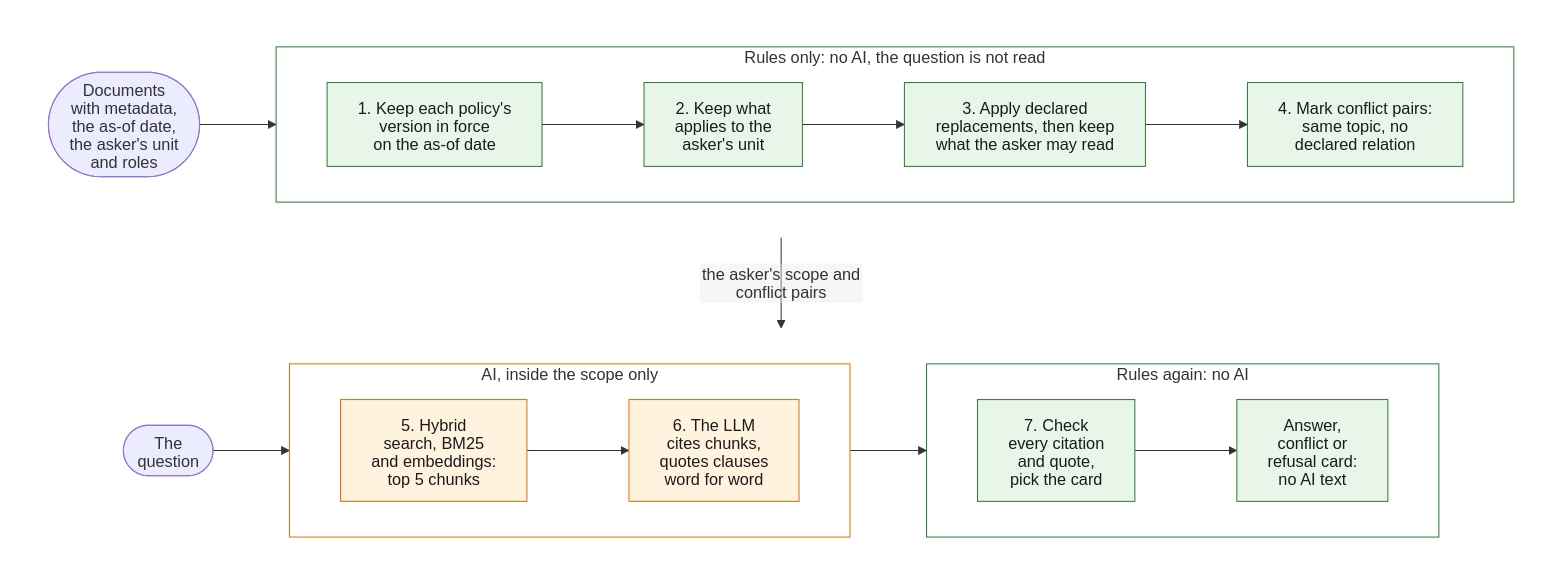
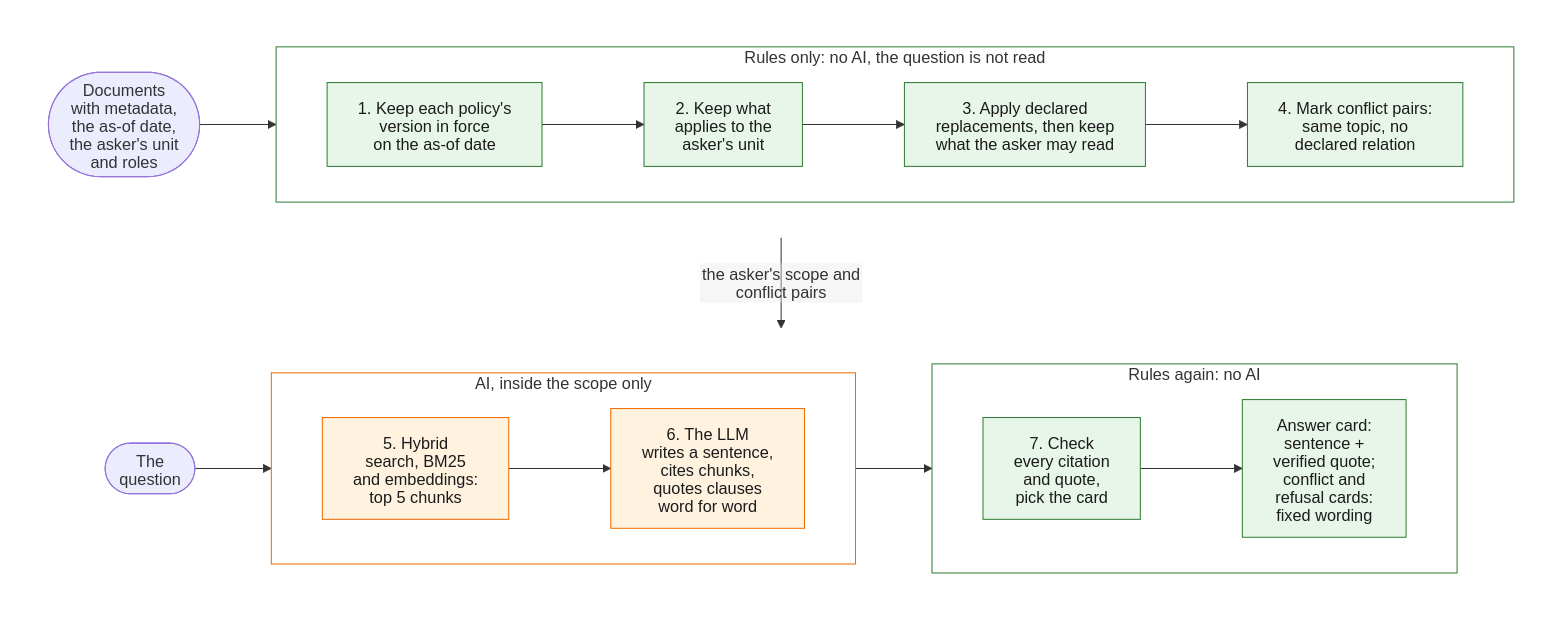
One commit to Park-Hip/next-gen-2026 changed the first of 2 diagrams in docs/architecture.md. Above: the diagram before and after it, drawn with Mermaid. The commit also changed other lines of this file and 44 other files, not shown here.

First line of the commit message:
Show the model's sentence above the verified quote (#75)

````diff
--- a/docs/architecture.md
+++ b/docs/architecture.md
@@ -19,53 +19,53 @@
 ```mermaid
 ---
 config:
   htmlLabels: false
   flowchart:
     htmlLabels: false
     wrappingWidth: 400
 ---
 flowchart TB
     subgraph before[" "]
         direction LR
         inputs(["Documents<br/>with metadata,<br/>the as-of date,<br/>the asker's unit<br/>and roles"])
         subgraph rules1["Rules only: no AI, the question is not read"]
             direction LR
             s1["1. Keep each policy's<br/>version in force<br/>on the as-of date"]
             s2["2. Keep what<br/>applies to the<br/>asker's unit"]
             s3["3. Apply declared<br/>replacements, then keep<br/>what the asker may read"]
             s4["4. Mark conflict pairs:<br/>same topic, no<br/>declared relation"]
             s1 --> s2 --> s3 --> s4
         end
         inputs --> rules1
     end
 
     subgraph after[" "]
         direction LR
         question(["The<br/>question"])
         subgraph ai["AI, inside the scope only"]
             direction LR
             s5["5. Hybrid<br/>search, BM25<br/>and embeddings:<br/>top 5 chunks"]
-            s6["6. The LLM<br/>cites chunks,<br/>quotes clauses<br/>word for word"]
+            s6["6. The LLM<br/>writes a sentence,<br/>cites chunks,<br/>quotes clauses<br/>word for word"]
             s5 --> s6
         end
         subgraph rules2["Rules again: no AI"]
             direction LR
             s7["7. Check<br/>every citation<br/>and quote,<br/>pick the card"]
-            cards["Answer,<br/>conflict or<br/>refusal card:<br/>no AI text"]
+            cards["Answer card:<br/>sentence +<br/>verified quote;<br/>conflict and<br/>refusal cards:<br/>fixed wording"]
             s7 --> cards
         end
         question --> ai --> rules2
     end
 
     before -- "the asker's scope and conflict pairs" --> after
 
     classDef rule fill:#e8f5e9,stroke:#2e7d32,color:#1b1b1b
     classDef llm fill:#fff3e0,stroke:#ef6c00,color:#1b1b1b
     class s1,s2,s3,s4,s7,cards rule
     class s5,s6 llm
     style rules1 fill:transparent,stroke:#2e7d32
     style rules2 fill:transparent,stroke:#2e7d32
     style ai fill:transparent,stroke:#ef6c00
     style before fill:transparent,stroke:transparent
     style after fill:transparent,stroke:transparent
 ```
````
